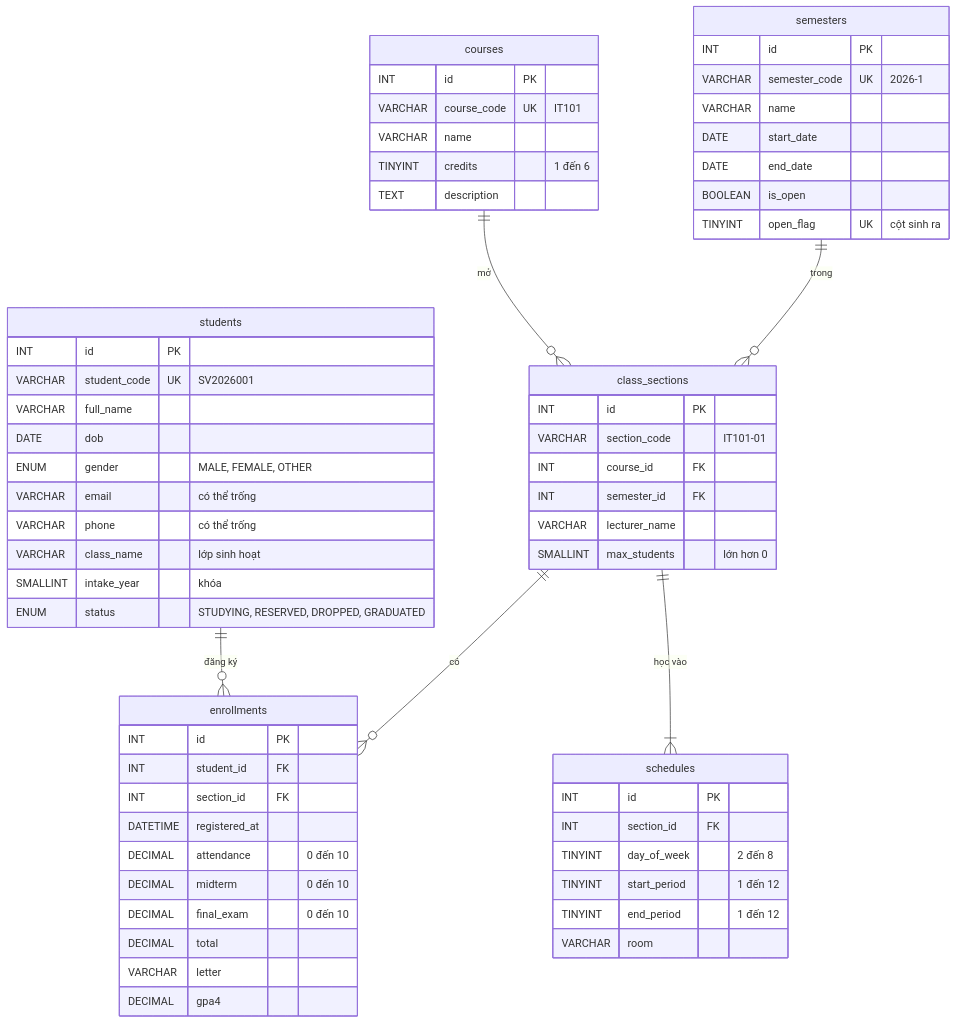
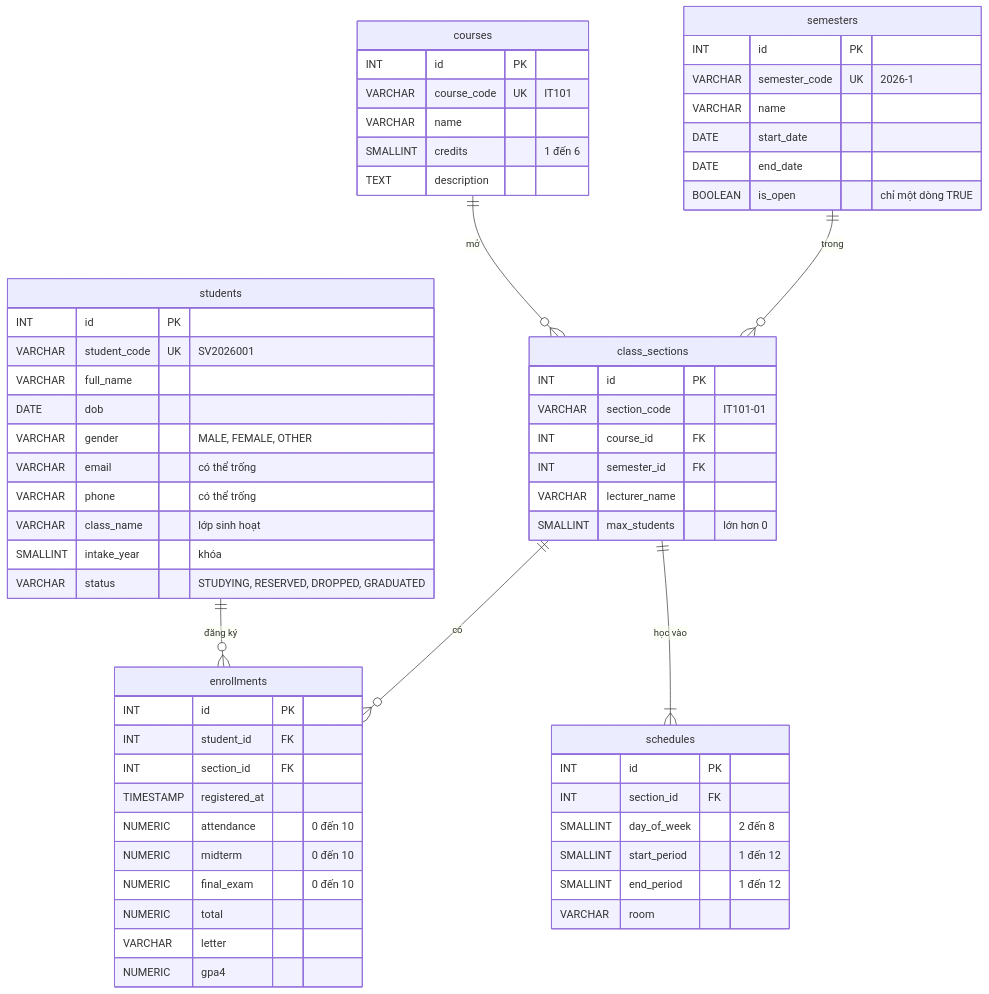
Before and after one commit to thang30102002/quan-ly-sinh-vien: the diagram in docs/erd.md, drawn with Mermaid. The commit also changed other lines of this file and 2 other files, not shown here.

First line of the commit message:
refactor(#2): viết lại schema.sql, seed.sql cho PostgreSQL 16

````diff
--- a/docs/erd.md
+++ b/docs/erd.md
@@ -9,65 +9,64 @@
 ```mermaid
 erDiagram
     students ||--o{ enrollments : "đăng ký"
     class_sections ||--o{ enrollments : "có"
     courses ||--o{ class_sections : "mở"
     semesters ||--o{ class_sections : "trong"
     class_sections ||--|{ schedules : "học vào"
 
     students {
         INT id PK
         VARCHAR student_code UK "SV2026001"
         VARCHAR full_name
         DATE dob
-        ENUM gender "MALE, FEMALE, OTHER"
+        VARCHAR gender "MALE, FEMALE, OTHER"
         VARCHAR email "có thể trống"
         VARCHAR phone "có thể trống"
         VARCHAR class_name "lớp sinh hoạt"
         SMALLINT intake_year "khóa"
-        ENUM status "STUDYING, RESERVED, DROPPED, GRADUATED"
+        VARCHAR status "STUDYING, RESERVED, DROPPED, GRADUATED"
     }
     courses {
         INT id PK
         VARCHAR course_code UK "IT101"
         VARCHAR name
-        TINYINT credits "1 đến 6"
+        SMALLINT credits "1 đến 6"
         TEXT description
     }
     semesters {
         INT id PK
         VARCHAR semester_code UK "2026-1"
         VARCHAR name
         DATE start_date
         DATE end_date
-        BOOLEAN is_open
-        TINYINT open_flag UK "cột sinh ra"
+        BOOLEAN is_open "chỉ một dòng TRUE"
     }
     class_sections {
         INT id PK
         VARCHAR section_code "IT101-01"
         INT course_id FK
         INT semester_id FK
         VARCHAR lecturer_name
         SMALLINT max_students "lớn hơn 0"
     }
     schedules {
         INT id PK
         INT section_id FK
-        TINYINT day_of_week "2 đến 8"
-        TINYINT start_period "1 đến 12"
-        TINYINT end_period "1 đến 12"
+        SMALLINT day_of_week "2 đến 8"
+        SMALLINT start_period "1 đến 12"
+        SMALLINT end_period "1 đến 12"
         VARCHAR room
     }
     enrollments {
         INT id PK
         INT student_id FK
         INT section_id FK
-        DATETIME registered_at
-        DECIMAL attendance "0 đến 10"
-        DECIMAL midterm "0 đến 10"
-        DECIMAL final_exam "0 đến 10"
-        DECIMAL total
+        TIMESTAMP registered_at
+        NUMERIC attendance "0 đến 10"
+        NUMERIC midterm "0 đến 10"
+        NUMERIC final_exam "0 đến 10"
+        NUMERIC total
         VARCHAR letter
-        DECIMAL gpa4
+        NUMERIC gpa4
     }
 ```
````
